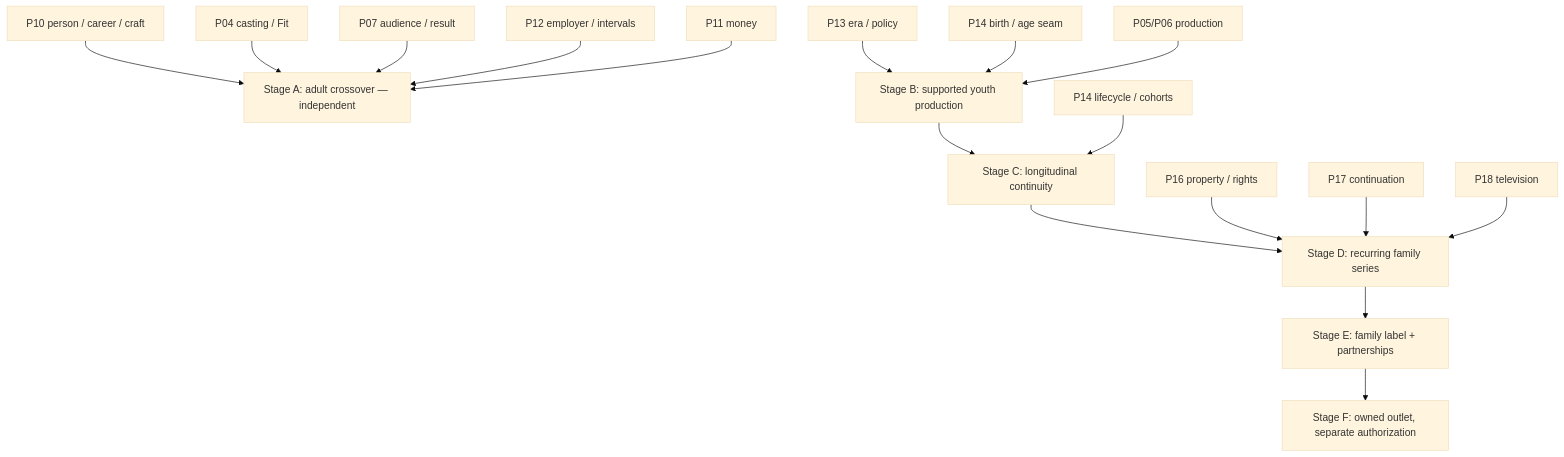
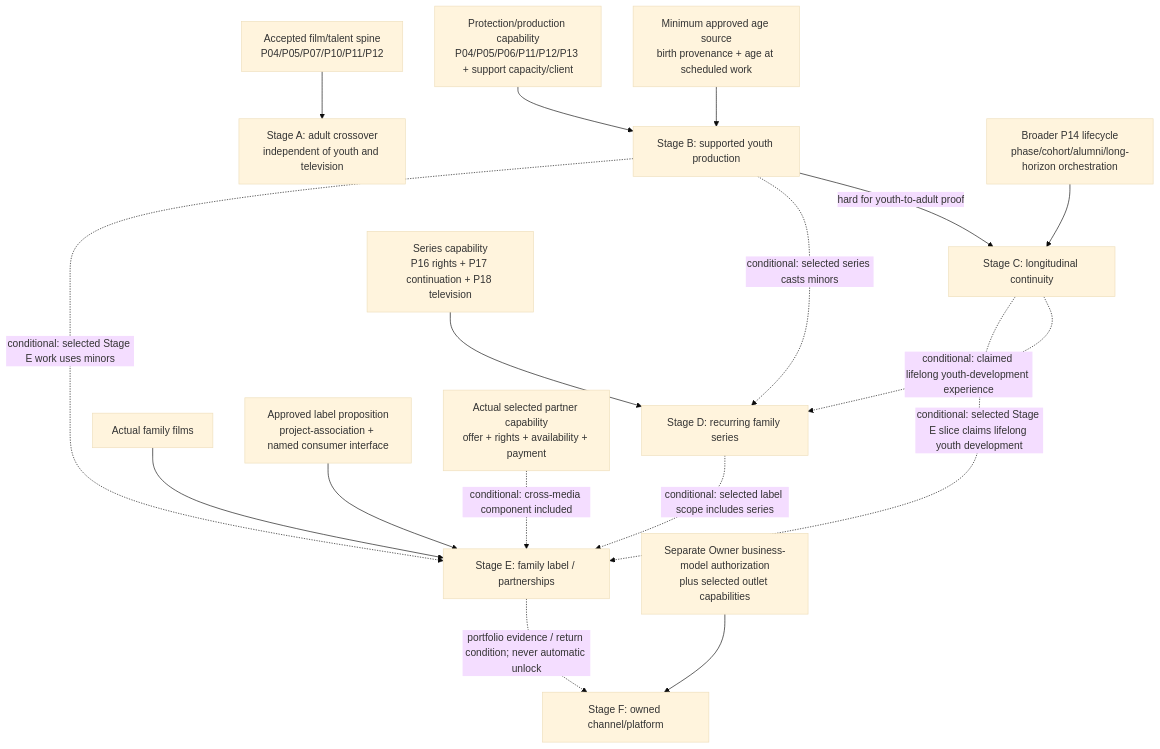
Before and after one commit to HSpector1/The-Movies: the diagram in docs/design/future-talent/TALENT-ORIGINS-IMPLEMENTATION-PLAN-AND-REQUIREMENT-REGISTER.md, drawn with Mermaid (base theme). The commit also changed other lines of this file and 1 other file, not shown here.

Commit message:
docs: record talent origins current ops clarifications

````diff
--- a/docs/design/future-talent/TALENT-ORIGINS-IMPLEMENTATION-PLAN-AND-REQUIREMENT-REGISTER.md
+++ b/docs/design/future-talent/TALENT-ORIGINS-IMPLEMENTATION-PLAN-AND-REQUIREMENT-REGISTER.md
@@ -44,24 +50,23 @@
 ```mermaid
 flowchart TD
-    A[Stage A: adult crossover — independent]
-    B[Stage B: supported youth production]
-    B --> C[Stage C: longitudinal continuity]
-    C --> D[Stage D: recurring family series]
-    D --> E[Stage E: family label + partnerships]
-    E --> F[Stage F: owned outlet, separate authorization]
+    CORE["Accepted film/talent spine<br/>P04/P05/P07/P10/P11/P12"] --> A["Stage A: adult crossover<br/>independent of youth and television"]
 
-    P10[P10 person / career / craft] --> A
-    P4[P04 casting / Fit] --> A
-    P7[P07 audience / result] --> A
-    P12[P12 employer / intervals] --> A
-    P11[P11 money] --> A
+    AGE["Minimum approved age source<br/>birth provenance + age at scheduled work"] --> B["Stage B: supported youth production"]
+    PROTECT["Protection/production capability<br/>P04/P05/P06/P11/P12/P13 + support capacity/client"] --> B
+    B -->|hard for youth-to-adult proof| C["Stage C: longitudinal continuity"]
+    LIFE["Broader P14 lifecycle<br/>phase/cohort/alumni/long-horizon orchestration"] --> C
 
-    P13[P13 era / policy] --> B
-    P14a[P14 birth / age seam] --> B
-    P5[P05/P06 production] --> B
-    P14b[P14 lifecycle / cohorts] --> C
+    SERIES["Series capability<br/>P16 rights + P17 continuation + P18 television"] --> D["Stage D: recurring family series"]
+    B -.->|conditional: selected series casts minors| D
+    C -.->|conditional: claimed lifelong youth-development experience| D
 
-    P16[P16 property / rights] --> D
-    P17[P17 continuation] --> D
-    P18[P18 television] --> D
+    FILMS["Actual family films"] --> E["Stage E: family label / partnerships"]
+    LABEL["Approved label proposition<br/>project-association + named consumer interface"] --> E
+    D -.->|conditional: selected label scope includes series| E
+    PARTNER["Actual selected partner capability<br/>offer + rights + availability + payment"] -.->|conditional: cross-media component included| E
+    B -.->|conditional: selected Stage E work uses minors| E
+    C -.->|conditional: selected Stage E slice claims lifelong youth development| E
+
+    OUTLET["Separate Owner business-model authorization<br/>plus selected outlet capabilities"] --> F["Stage F: owned channel/platform"]
+    E -.->|portfolio evidence / return condition; never automatic unlock| F
 ```
````
